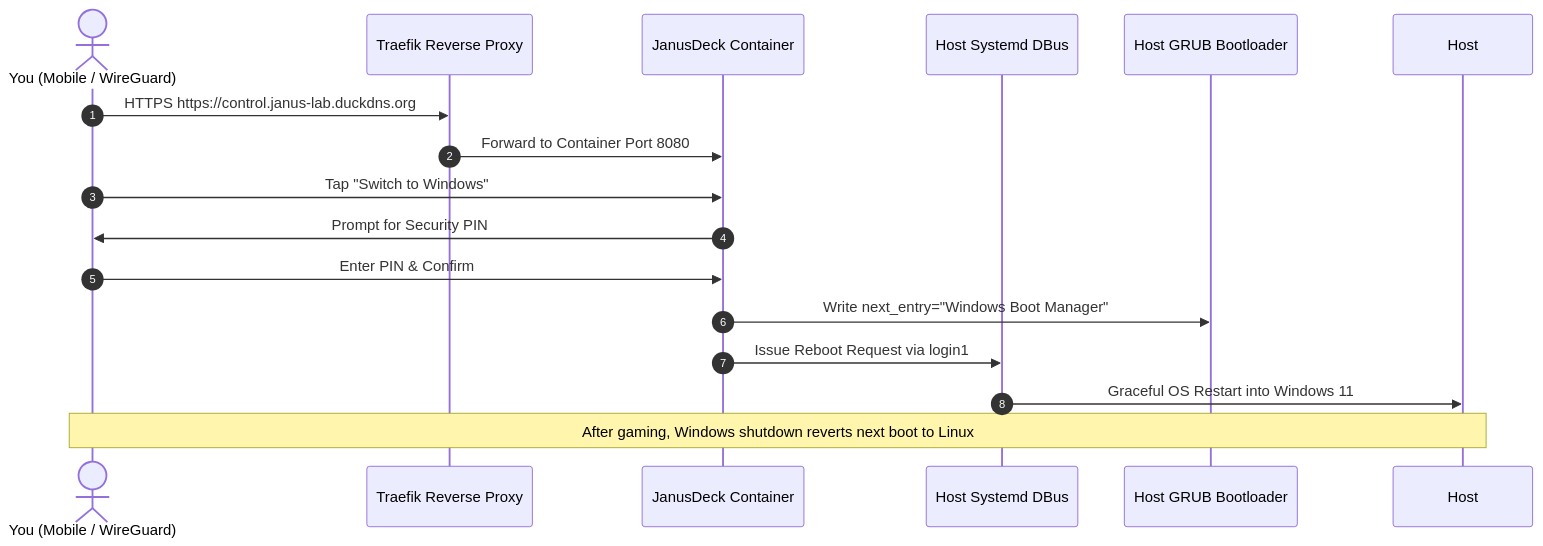
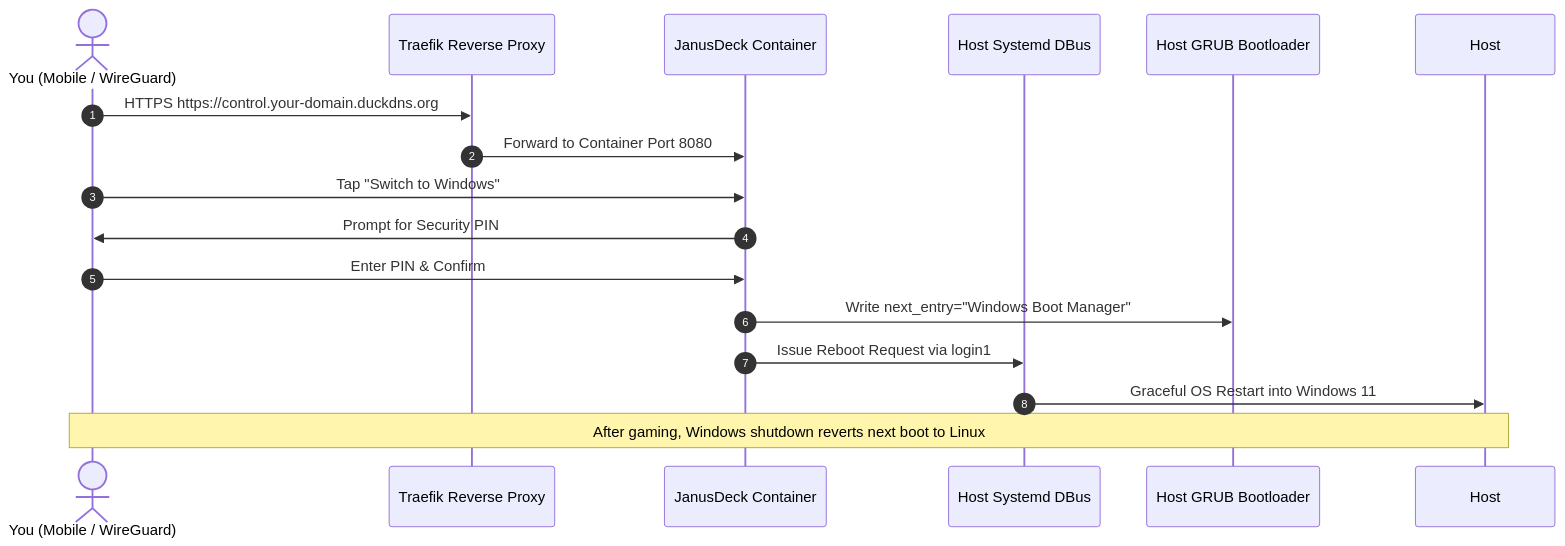
The diagram in guides/11-janus-deck-command-center.md (P1gBagPt-Homelab/home-server), drawn with Mermaid before and after one commit. The commit also changed other lines of this file and 16 other files, not shown here.

````diff
--- a/guides/11-janus-deck-command-center.md
+++ b/guides/11-janus-deck-command-center.md
@@ -60,19 +60,19 @@
 ```mermaid
 sequenceDiagram
     autonumber
     actor User as You (Mobile / WireGuard)
     participant Coolify as Traefik Reverse Proxy
     participant App as JanusDeck Container
     participant DBus as Host Systemd DBus
     participant GRUB as Host GRUB Bootloader
 
-    User->>Coolify: HTTPS https://control.janus-lab.duckdns.org
+    User->>Coolify: HTTPS https://control.your-domain.duckdns.org
     Coolify->>App: Forward to Container Port 8080
     User->>App: Tap "Switch to Windows"
     App->>User: Prompt for Security PIN
     User->>App: Enter PIN & Confirm
     App->>GRUB: Write next_entry="Windows Boot Manager"
     App->>DBus: Issue Reboot Request via login1
     DBus->>Host: Graceful OS Restart into Windows 11
     Note over User,Host: After gaming, Windows shutdown reverts next boot to Linux
 ```
````
